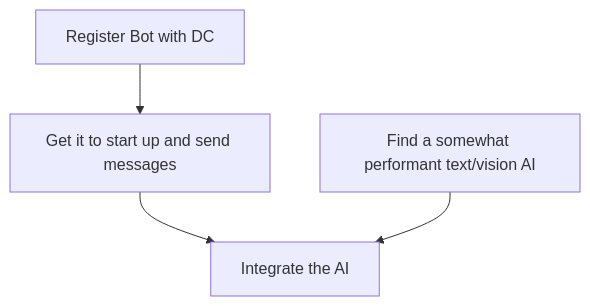
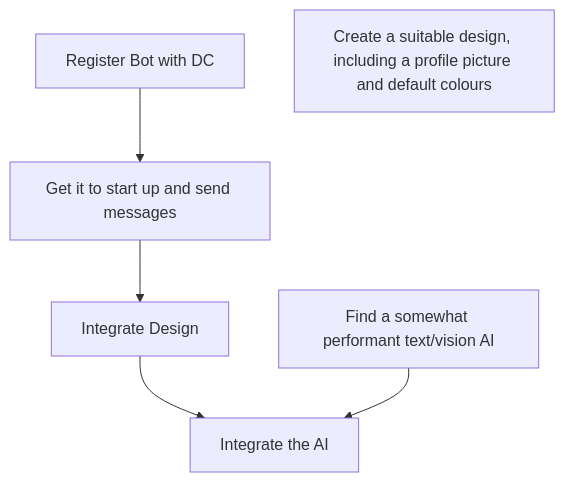
The diagram in README.md (GraceHopper0012/discord-ai), drawn with Mermaid before and after one commit.

Commit message:
Update roadmap

````diff
--- a/README.md
+++ b/README.md
@@ -4,5 +4,6 @@
 ```mermaid
 graph TD;
-    A["Register Bot with DC"] --> B["Get it to start up and send messages"] --> D
+    A["Register Bot with DC"] --> B["Get it to start up and send messages"] --> E["Integrate Design"] --> D
     C["Find a somewhat performant text/vision AI"] --> D["Integrate the AI"]
+    F["Create a suitable design, including a profile picture and default colours"]
 ```
````
